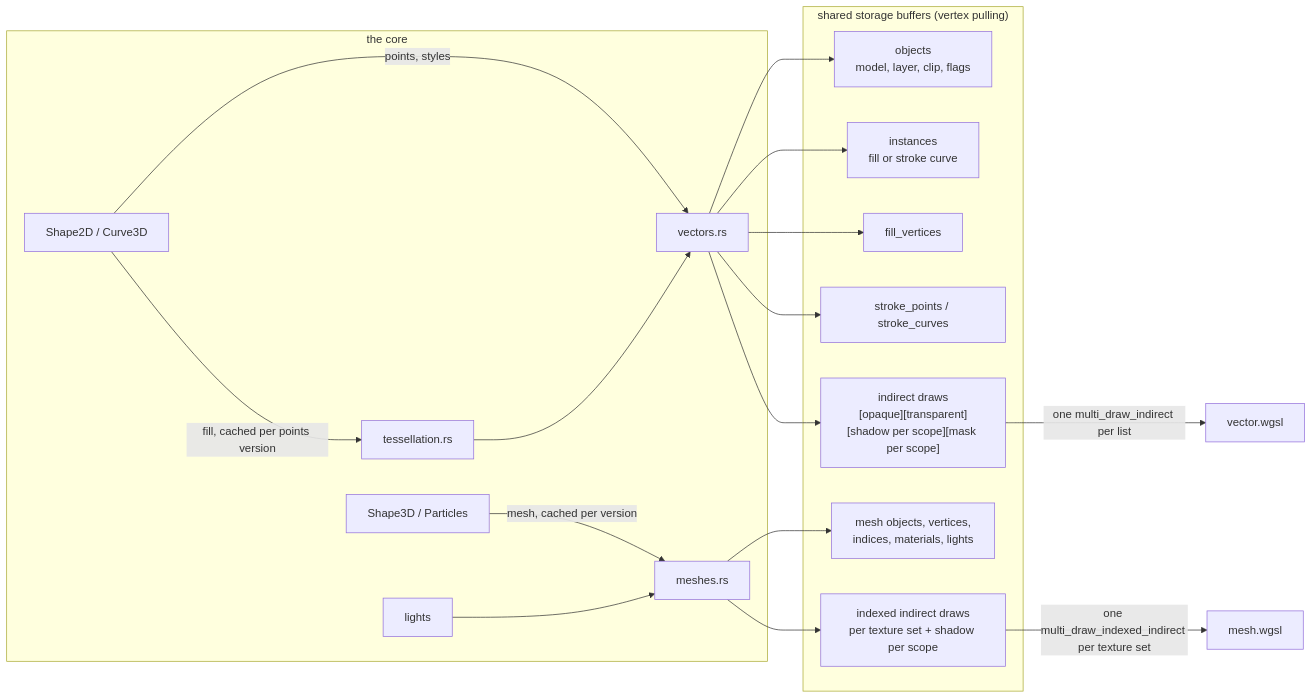
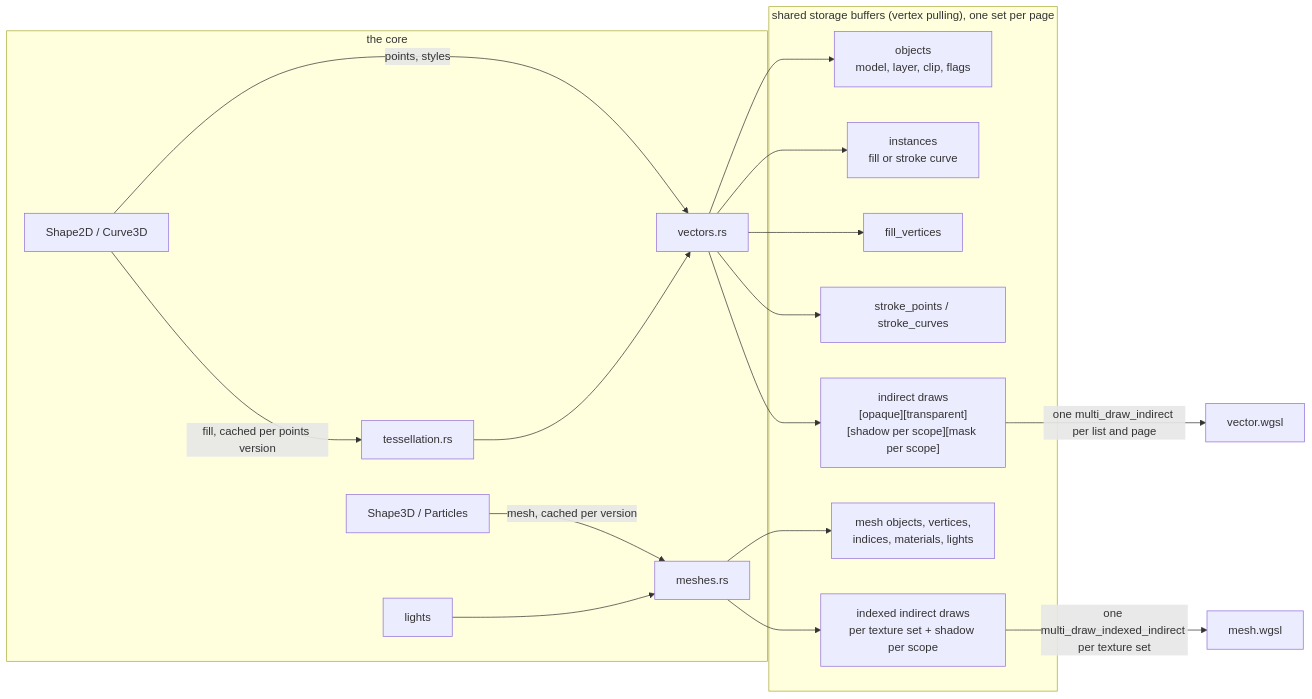
The third of 5 diagrams in manimx/core/README.md (MrDiver/manim), drawn with Mermaid before and after one commit. The commit also changed other lines of this file and 9 other files, not shown here.

````diff
--- a/manimx/core/README.md
+++ b/manimx/core/README.md
@@ -269,20 +269,20 @@
 ```mermaid
 flowchart LR
     subgraph CPU["the core"]
         S["Shape2D / Curve3D"] -->|"points, styles"| VB["vectors.rs"]
         S -->|"fill, cached per points version"| T["tessellation.rs"] --> VB
         M["Shape3D / Particles"] -->|"mesh, cached per version"| MB["meshes.rs"]
         Li["lights"] --> MB
     end
-    subgraph Buffers["shared storage buffers (vertex pulling)"]
+    subgraph Buffers["shared storage buffers (vertex pulling), one set per page"]
         VB --> O["objects<br/>model, layer, clip, flags"]
         VB --> I["instances<br/>fill or stroke curve"]
         VB --> FV["fill_vertices"]
         VB --> SP["stroke_points / stroke_curves"]
         VB --> ID["indirect draws<br/>[opaque][transparent][shadow per scope][mask per scope]"]
         MB --> MO["mesh objects, vertices,<br/>indices, materials, lights"]
         MB --> MD["indexed indirect draws<br/>per texture set + shadow per scope"]
     end
-    ID -->|"one multi_draw_indirect per list"| VP["vector.wgsl"]
+    ID -->|"one multi_draw_indirect per list and page"| VP["vector.wgsl"]
     MD -->|"one multi_draw_indexed_indirect per texture set"| MP["mesh.wgsl"]
 ```
````
